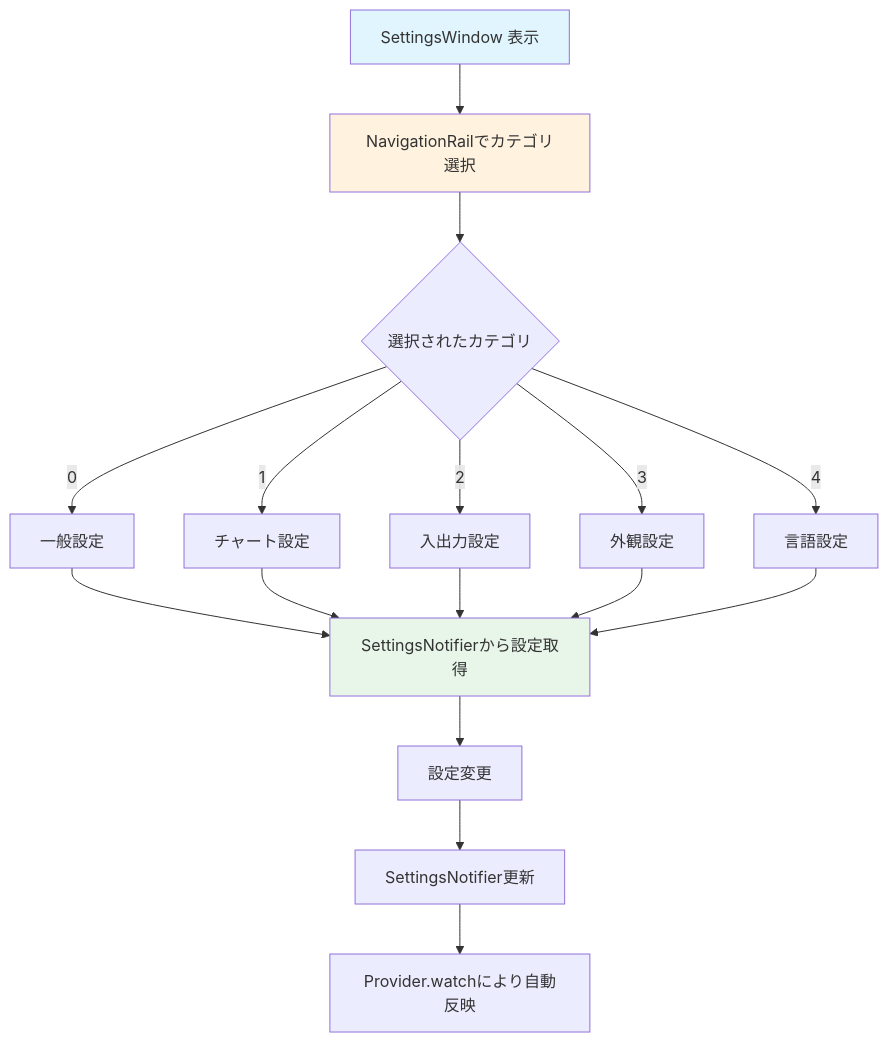
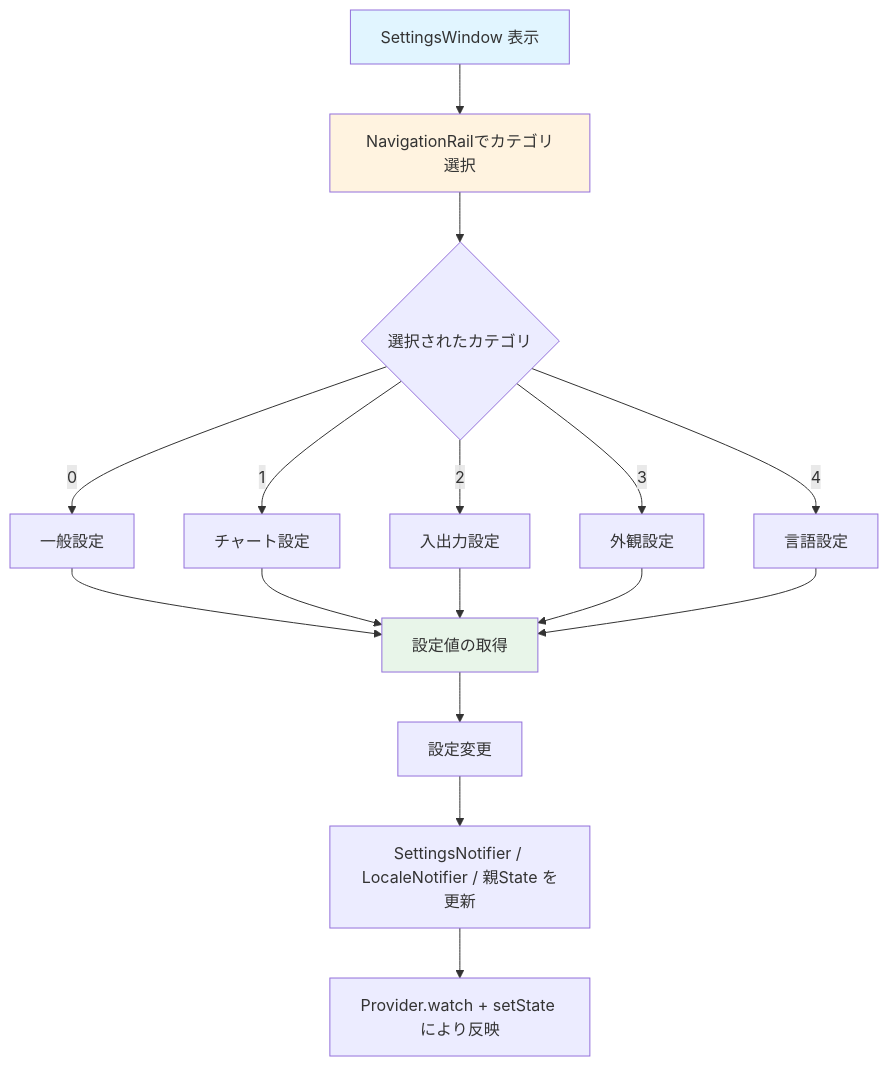
One commit to visco-ysugimoto/TimingChart changed the diagram in widgets_flowcharts/settings/settings_window.md. Above: the diagram before and after it, drawn with Mermaid. The commit also changed other lines of this file and 35 other files, not shown here.

Commit message:
Update timing chart editing and flowchart docs

````diff
--- a/widgets_flowcharts/settings/settings_window.md
+++ b/widgets_flowcharts/settings/settings_window.md
@@ -15,25 +15,25 @@
 ```mermaid
 flowchart TD
     A[SettingsWindow 表示] --> B[NavigationRailでカテゴリ選択]
     B --> C{選択されたカテゴリ}
     
     C -->|0| D[一般設定]
     C -->|1| E[チャート設定]
     C -->|2| F[入出力設定]
     C -->|3| G[外観設定]
     C -->|4| H[言語設定]
     
-    D --> I[SettingsNotifierから設定取得]
+    D --> I[設定値の取得]
     E --> I
     F --> I
     G --> I
     H --> I
     
     I --> J[設定変更]
-    J --> K[SettingsNotifier更新]
-    K --> L[Provider.watchにより自動反映]
+    J --> K[SettingsNotifier / LocaleNotifier / 親State を更新]
+    K --> L[Provider.watch + setState により反映]
     
     style A fill:#e1f5ff
     style B fill:#fff3e0
     style I fill:#e8f5e9
 ```
````
